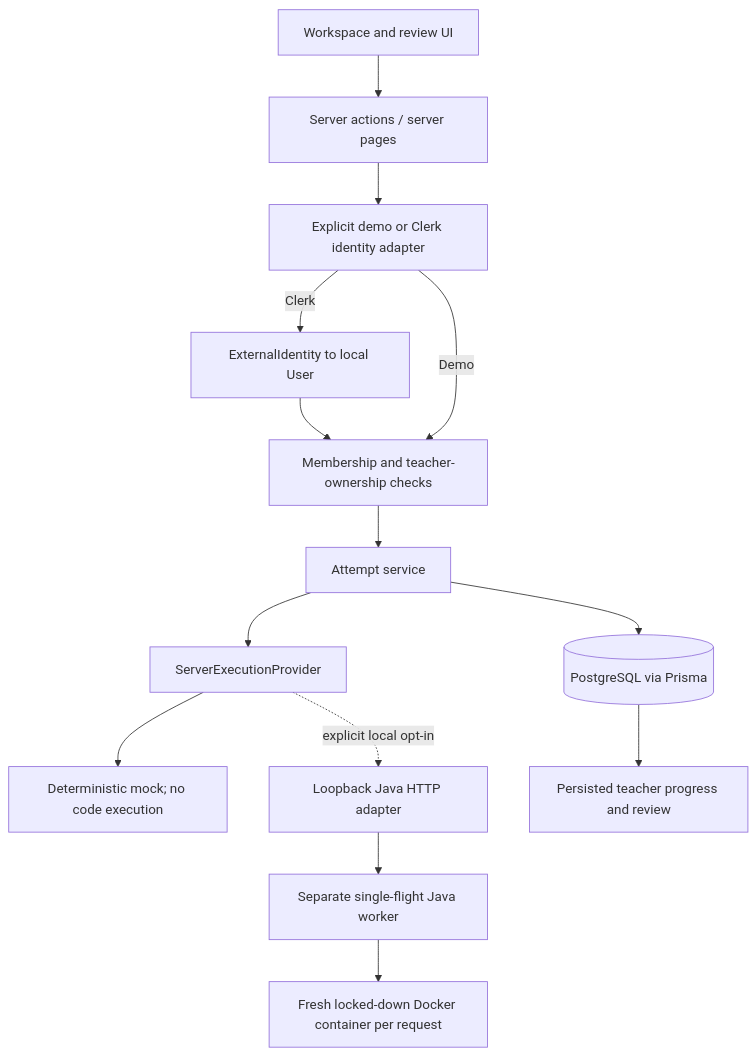
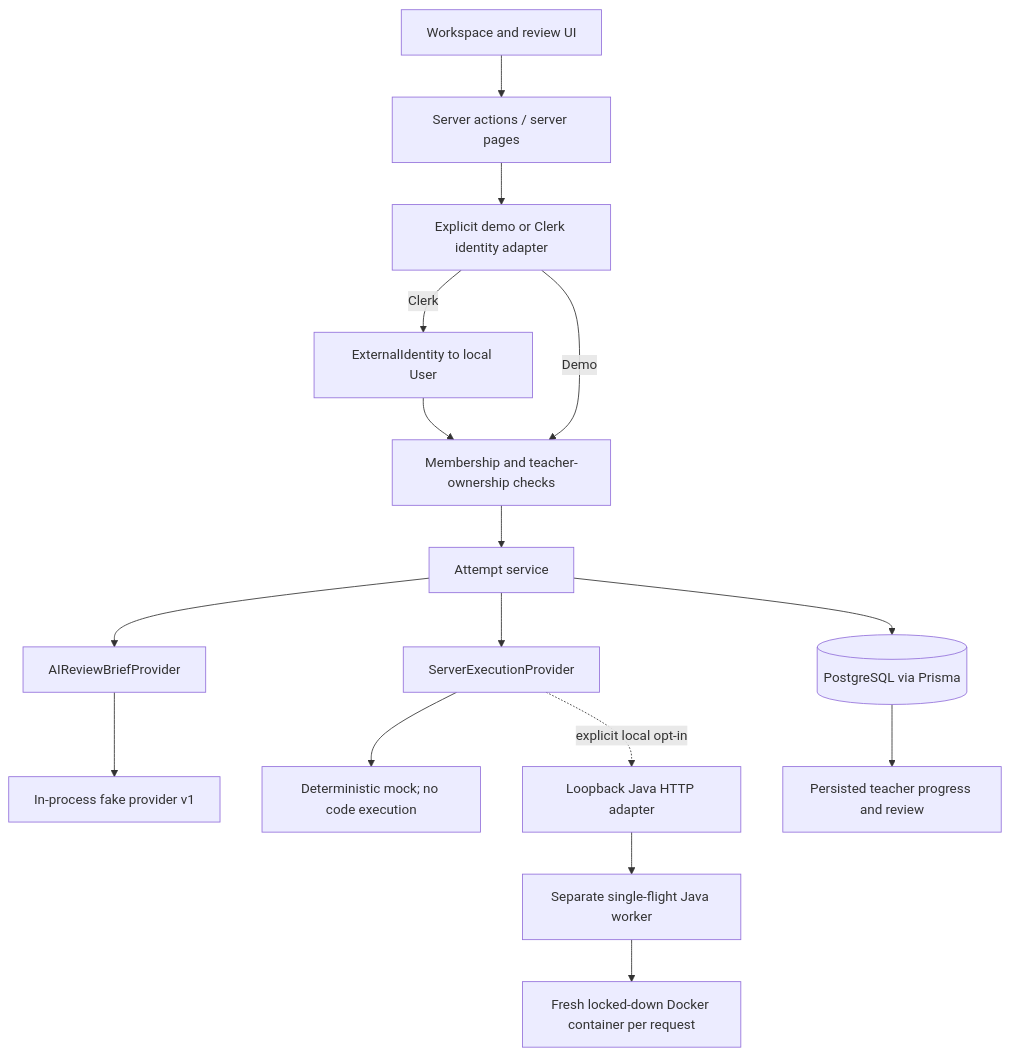
One commit to Tanishk1989/Labrix changed the first of 2 diagrams in docs/04-ARCHITECTURE.md. Above: the diagram before and after it, drawn with Mermaid. The commit also changed other lines of this file and 15 other files, not shown here.

````diff
--- a/docs/04-ARCHITECTURE.md
+++ b/docs/04-ARCHITECTURE.md
@@ -7,16 +7,18 @@
 ```mermaid
 flowchart TB
   UI["Workspace and review UI"] --> A["Server actions / server pages"]
   A --> ID["Explicit demo or Clerk identity adapter"]
   ID -->|"Clerk"| MAP["ExternalIdentity to local User"]
   MAP --> AUTHZ
   ID -->|"Demo"| AUTHZ["Membership and teacher-ownership checks"]
   AUTHZ --> SVC["Attempt service"]
   SVC --> DB[("PostgreSQL via Prisma")]
   SVC --> EP["ServerExecutionProvider"]
+  SVC --> AIP["AIReviewBriefProvider"]
+  AIP --> FAKEAI["In-process fake provider v1"]
   EP --> MOCK["Deterministic mock; no code execution"]
   EP -. "explicit local opt-in" .-> JHTTP["Loopback Java HTTP adapter"]
   JHTTP --> WORKER["Separate single-flight Java worker"]
   WORKER --> DOCKER["Fresh locked-down Docker container per request"]
   DB --> REVIEW["Persisted teacher progress and review"]
 ```
````
